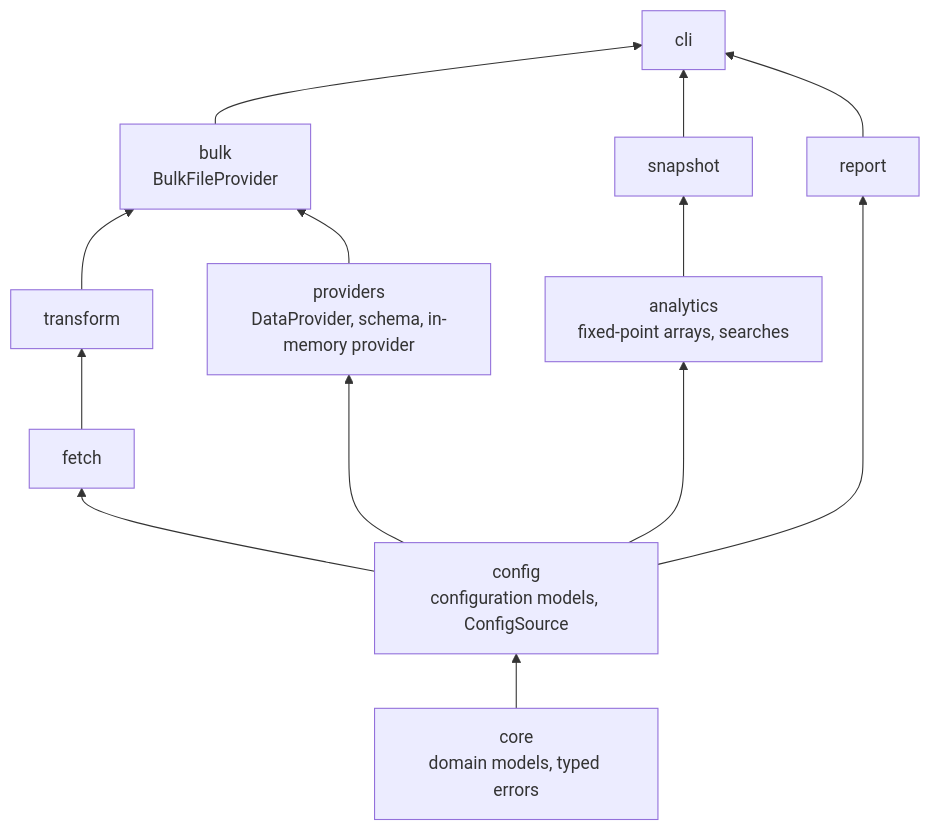
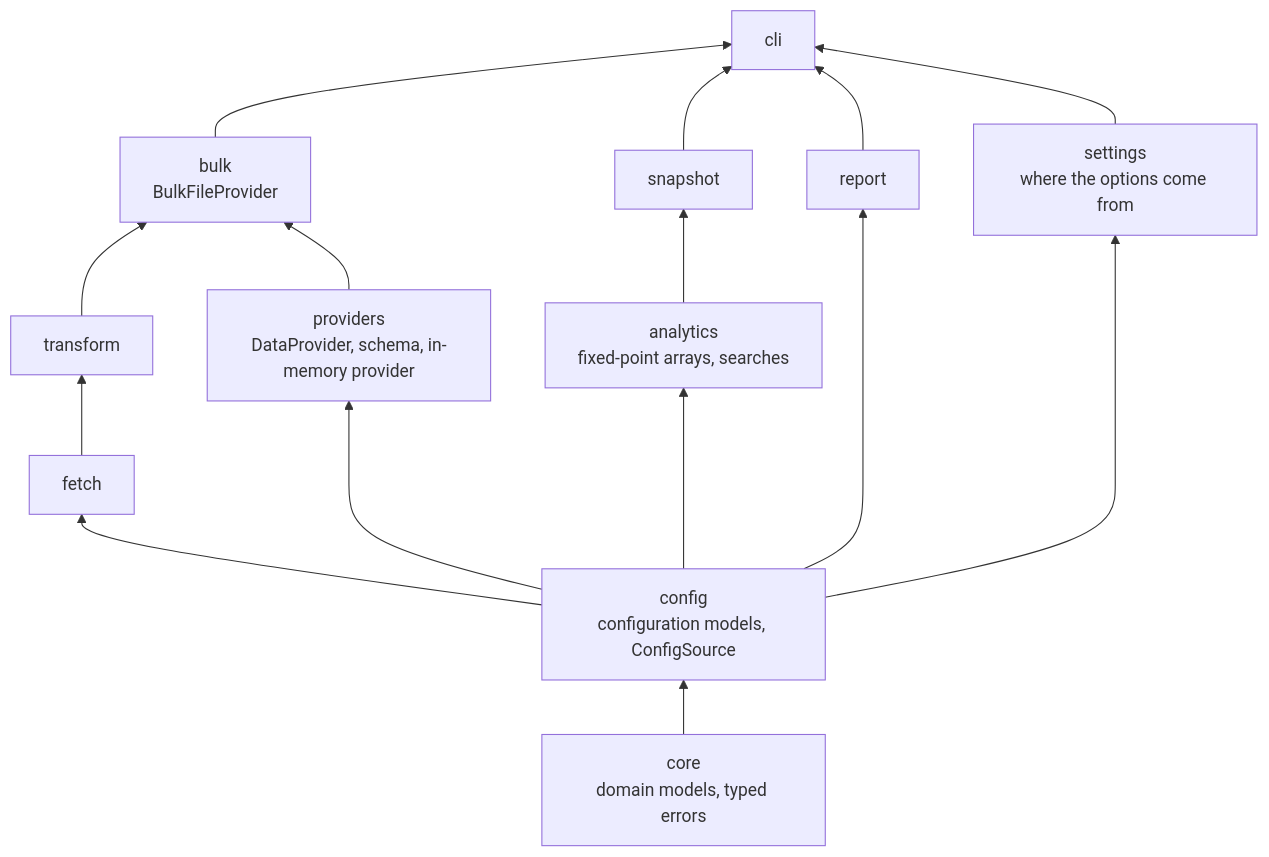
Before and after one commit to andrea-dm/policy-rate-monitor: the second of 3 diagrams in docs/architecture.md, drawn with Mermaid. The commit also changed other lines of this file and 6 other files, not shown here.

Commit message:
docs: describe the config commands and where the options come from

````diff
--- a/docs/architecture.md
+++ b/docs/architecture.md
@@ -33,26 +33,29 @@
 ```mermaid
 flowchart BT
     core["core<br/>domain models, typed errors"]
     config["config<br/>configuration models, ConfigSource"]
     fetch["fetch"]
     transform["transform"]
     providers["providers<br/>DataProvider, schema, in-memory provider"]
     bulk["bulk<br/>BulkFileProvider"]
     analytics["analytics<br/>fixed-point arrays, searches"]
     snapshot["snapshot"]
     report["report"]
+    settings["settings<br/>where the options come from"]
     cli["cli"]
 
     core --> config
     config --> fetch
     config --> providers
     config --> analytics
     fetch --> transform
     transform --> bulk
     providers --> bulk
     analytics --> snapshot
     config --> report
     bulk --> cli
     snapshot --> cli
     report --> cli
+    config --> settings
+    settings --> cli
 ```
````
